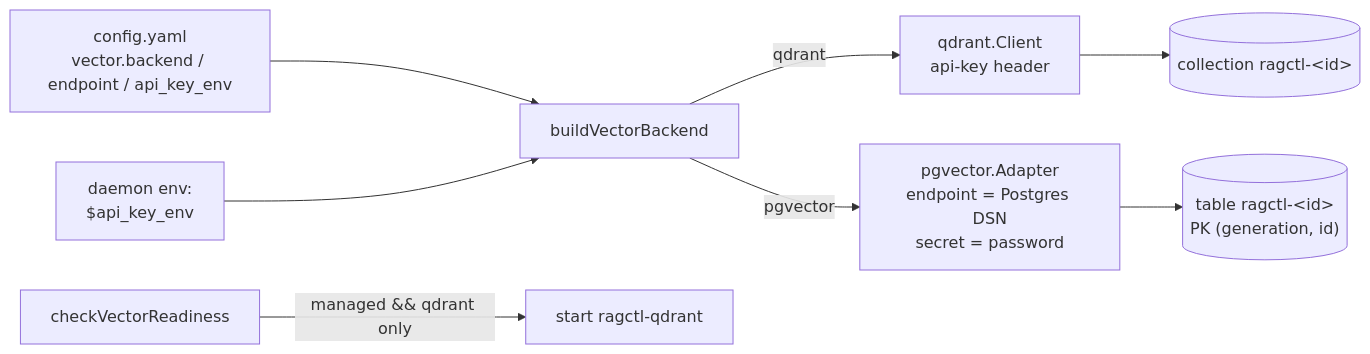
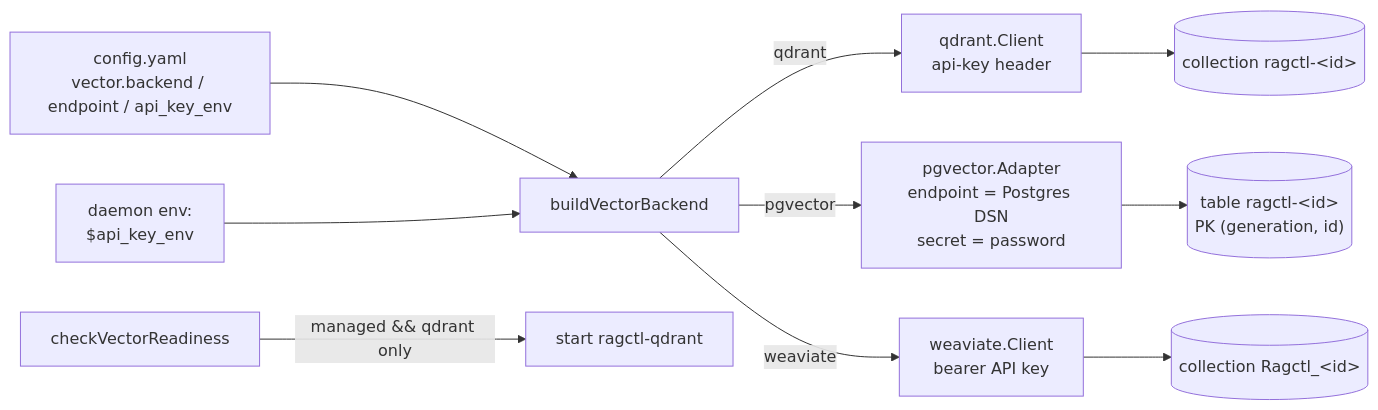
Before and after one commit to aleutian-ai/depctl: diagram 14 of 14 in docs/architecture.md, drawn with Mermaid. The commit also changed other lines of this file and 10 other files, not shown here.

Commit message:
VEC-014 pgvector and VEC-011 Weaviate backends; conformance checks point identity and whole-value filters; read vector.api_key_env

````diff
--- a/docs/architecture.md
+++ b/docs/architecture.md
@@ -753,10 +753,12 @@
 ```mermaid
 flowchart LR
   cfg["config.yaml<br/>vector.backend / endpoint / api_key_env"] --> build[buildVectorBackend]
   env["daemon env:<br/>$api_key_env"] --> build
   build -->|qdrant| q["qdrant.Client<br/>api-key header"]
   build -->|pgvector| pg["pgvector.Adapter<br/>endpoint = Postgres DSN<br/>secret = password"]
+  build -->|weaviate| wv["weaviate.Client<br/>bearer API key"]
+  wv --> wc[("collection Ragctl_&lt;id&gt;")]
   q --> qc[("collection ragctl-&lt;id&gt;")]
   pg --> pt[("table ragctl-&lt;id&gt;<br/>PK (generation, id)")]
   ready[checkVectorReadiness] -->|"managed && qdrant only"| boot[start ragctl-qdrant]
 ```
````
